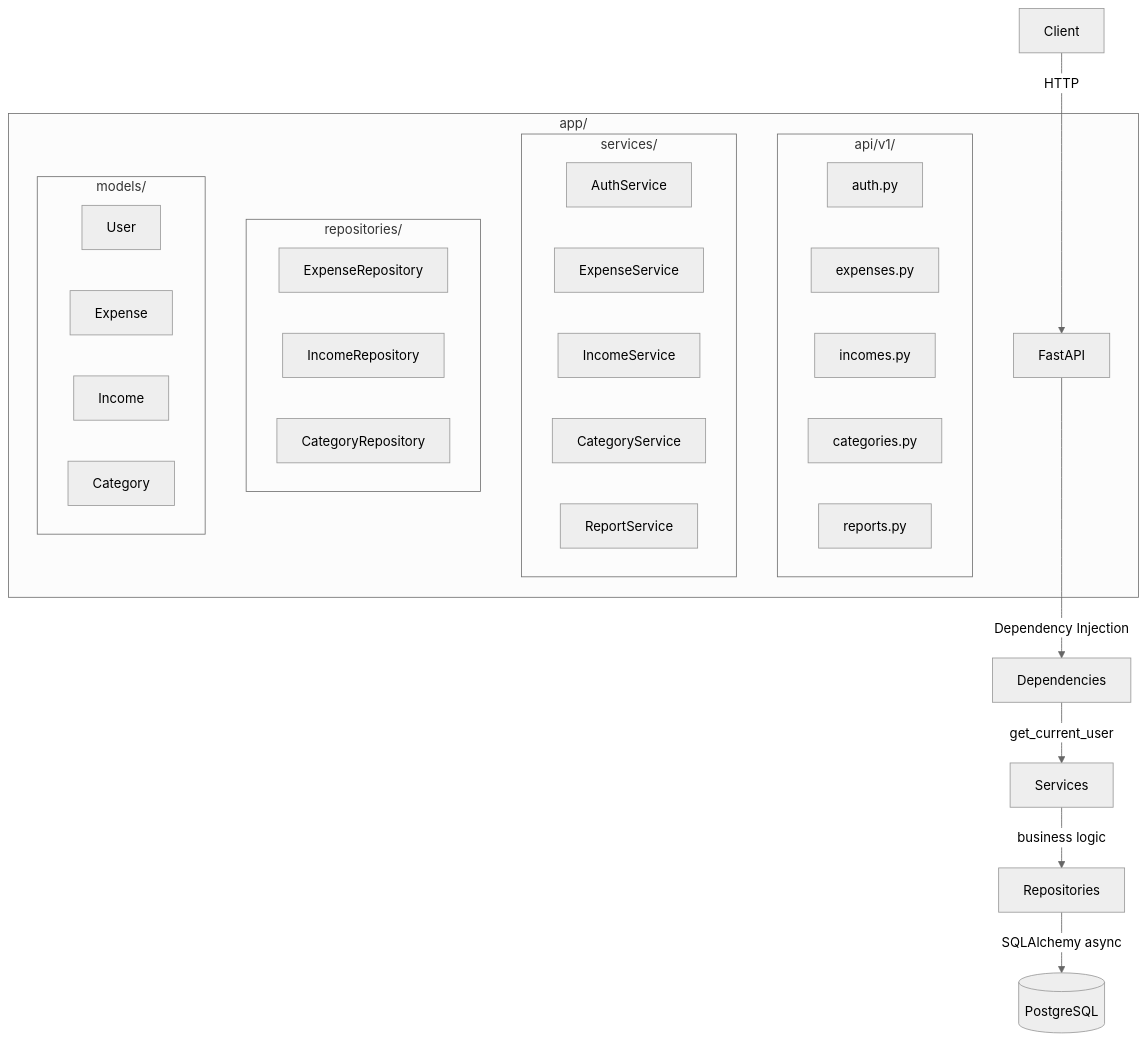
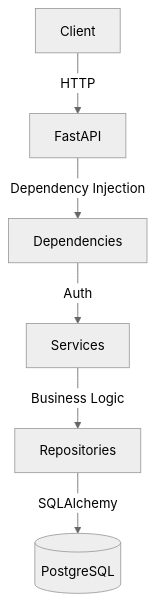
The diagram in README.md (temesgenmeharie/Expense-Tracker), drawn with Mermaid (neutral theme) before and after one commit. The commit also changed other lines of this file and 1 other file, not shown here.

Commit message:
fix(api): resolve missing _create_default_categories method and update README

````diff
--- a/README.md
+++ b/README.md
@@ -69,37 +31,8 @@
 ```mermaid
 graph TD
     Client -->|HTTP| FastAPI
     FastAPI -->|Dependency Injection| Dependencies
-    Dependencies -->|get_current_user| Services
-    Services -->|business logic| Repositories
-    Repositories -->|SQLAlchemy async| PostgreSQL[(PostgreSQL)]
-
-    subgraph "app/"
-        FastAPI
-        subgraph "api/v1/"
-            auth.py
-            expenses.py
-            incomes.py
-            categories.py
-            reports.py
-        end
-        subgraph "services/"
-            AuthService
-            ExpenseService
-            IncomeService
-            CategoryService
-            ReportService
-        end
-        subgraph "repositories/"
-            ExpenseRepository
-            IncomeRepository
-            CategoryRepository
-        end
-        subgraph "models/"
-            User
-            Expense
-            Income
-            Category
-        end
-    end
+    Dependencies -->|Auth| Services
+    Services -->|Business Logic| Repositories
+    Repositories -->|SQLAlchemy| PostgreSQL[(PostgreSQL)]
 ```
````
